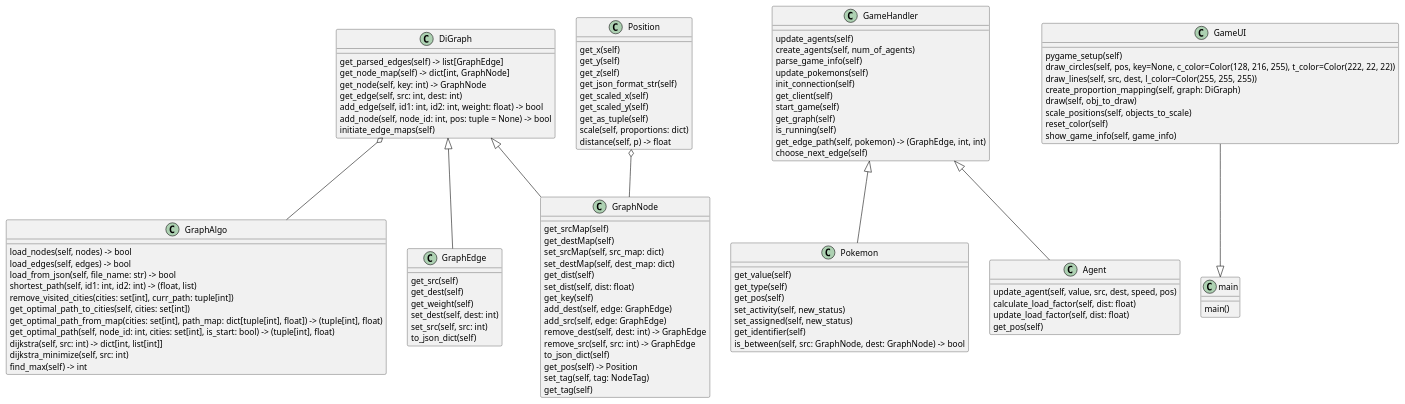
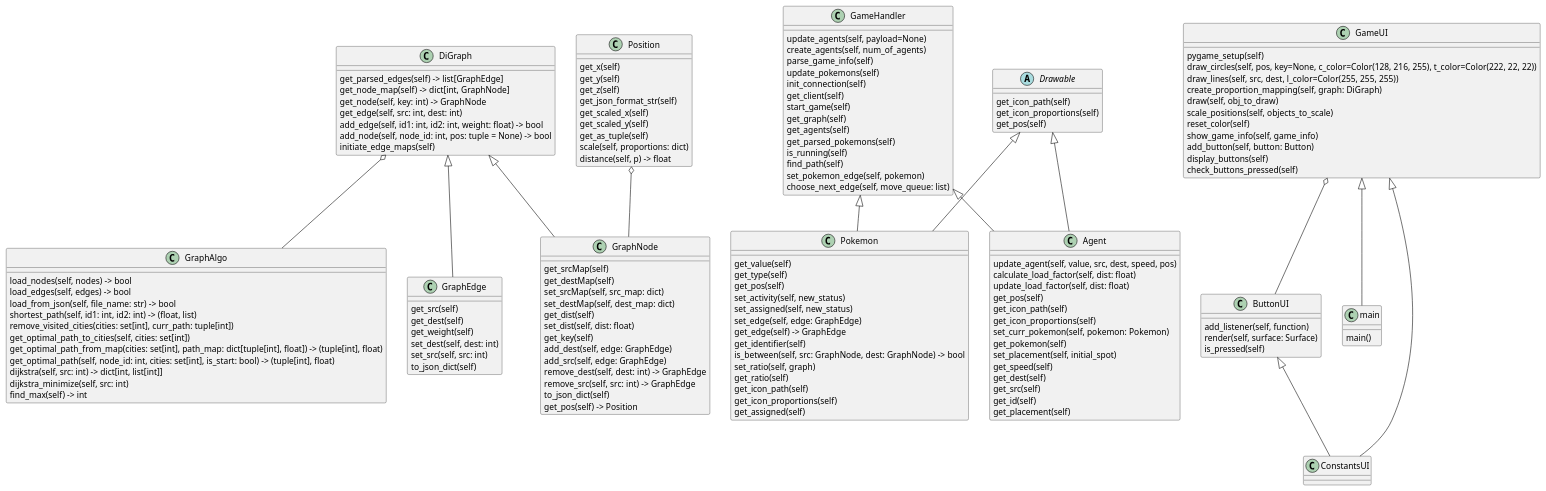
The diagram in UML.puml (OriHoward/oop-ex5), drawn with PlantUML before and after one commit.

```diff
--- a/UML.puml
+++ b/UML.puml
@@ -1,121 +1,158 @@
 @startuml
 'https://plantuml.com/class-diagram
 
 class GraphAlgo {
  load_nodes(self, nodes) -> bool
  load_edges(self, edges) -> bool
  load_from_json(self, file_name: str) -> bool
  shortest_path(self, id1: int, id2: int) -> (float, list)
  remove_visited_cities(cities: set[int], curr_path: tuple[int])
  get_optimal_path_to_cities(self, cities: set[int])
  get_optimal_path_from_map(cities: set[int], path_map: dict[tuple[int], float]) -> (tuple[int], float)
  get_optimal_path(self, node_id: int, cities: set[int], is_start: bool) -> (tuple[int], float)
  dijkstra(self, src: int) -> dict[int, list[int]]
  dijkstra_minimize(self, src: int)
  find_max(self) -> int
 }
 
 class DiGraph  {
   get_parsed_edges(self) -> list[GraphEdge]
   get_node_map(self) -> dict[int, GraphNode]
   get_node(self, key: int) -> GraphNode
   get_edge(self, src: int, dest: int)
   add_edge(self, id1: int, id2: int, weight: float) -> bool
   add_node(self, node_id: int, pos: tuple = None) -> bool
   initiate_edge_maps(self)
 }
 
 class GraphEdge {
   get_src(self)
   get_dest(self)
   get_weight(self)
   set_dest(self, dest: int)
   set_src(self, src: int)
   to_json_dict(self)
 }
 
 class GraphNode {
   get_srcMap(self)
   get_destMap(self)
   set_srcMap(self, src_map: dict)
   set_destMap(self, dest_map: dict)
   get_dist(self)
   set_dist(self, dist: float)
   get_key(self)
   add_dest(self, edge: GraphEdge)
   add_src(self, edge: GraphEdge)
   remove_dest(self, dest: int) -> GraphEdge
   remove_src(self, src: int) -> GraphEdge
   to_json_dict(self)
   get_pos(self) -> Position
-  set_tag(self, tag: NodeTag)
-  get_tag(self)
+
 }
 
 class GameHandler {
-  update_agents(self)
+  update_agents(self, payload=None)
   create_agents(self, num_of_agents)
   parse_game_info(self)
   update_pokemons(self)
   init_connection(self)
   get_client(self)
   start_game(self)
   get_graph(self)
+  get_agents(self)
+  get_parsed_pokemons(self)
   is_running(self)
-  get_edge_path(self, pokemon) -> (GraphEdge, int, int)
-  choose_next_edge(self)
+  find_path(self)
+  set_pokemon_edge(self, pokemon)
+  choose_next_edge(self, move_queue: list)
 }
 
 class GameUI {
   pygame_setup(self)
   draw_circles(self, pos, key=None, c_color=Color(128, 216, 255), t_color=Color(222, 22, 22))
   draw_lines(self, src, dest, l_color=Color(255, 255, 255))
   create_proportion_mapping(self, graph: DiGraph)
   draw(self, obj_to_draw)
   scale_positions(self, objects_to_scale)
   reset_color(self)
   show_game_info(self, game_info)
+  add_button(self, button: Button)
+  display_buttons(self)
+  check_buttons_pressed(self)
+}
+
+class ButtonUI {
+  add_listener(self, function)
+  render(self, surface: Surface)
+  is_pressed(self)
 }
 
 class main {
   main()
 }
 class Position {
   get_x(self)
   get_y(self)
   get_z(self)
   get_json_format_str(self)
   get_scaled_x(self)
   get_scaled_y(self)
   get_as_tuple(self)
   scale(self, proportions: dict)
   distance(self, p) -> float
 }
 
 class Pokemon {
   get_value(self)
   get_type(self)
   get_pos(self)
   set_activity(self, new_status)
   set_assigned(self, new_status)
+  set_edge(self, edge: GraphEdge)
+  get_edge(self) -> GraphEdge
   get_identifier(self)
   is_between(self, src: GraphNode, dest: GraphNode) -> bool
+  set_ratio(self, graph)
+  get_ratio(self)
+  get_icon_path(self)
+  get_icon_proportions(self)
+  get_assigned(self)
 }
 
 class Agent {
   update_agent(self, value, src, dest, speed, pos)
   calculate_load_factor(self, dist: float)
   update_load_factor(self, dist: float)
   get_pos(self)
+  get_icon_path(self)
+  get_icon_proportions(self)
+  set_curr_pokemon(self, pokemon: Pokemon)
+  get_pokemon(self)
+  set_placement(self, initial_spot)
+  get_speed(self)
+  get_dest(self)
+  get_src(self)
+  get_id(self)
+  get_placement(self)
+}
+
+abstract class Drawable {
+  get_icon_path(self)
+  get_icon_proportions(self)
+  get_pos(self)
 }
 
 Position o-- GraphNode
 DiGraph o-- GraphAlgo
 DiGraph <|-- GraphEdge
 DiGraph <|-- GraphNode
+GameUI o-- ButtonUI
 GameHandler <|-- Pokemon
 GameHandler <|-- Agent
-GameUI --|> main
-
-
+GameUI <|-- main
+GameUI <|-- ConstantsUI
+ButtonUI <|-- ConstantsUI
+Drawable <|-- Pokemon
+Drawable <|-- Agent
 @enduml
```
